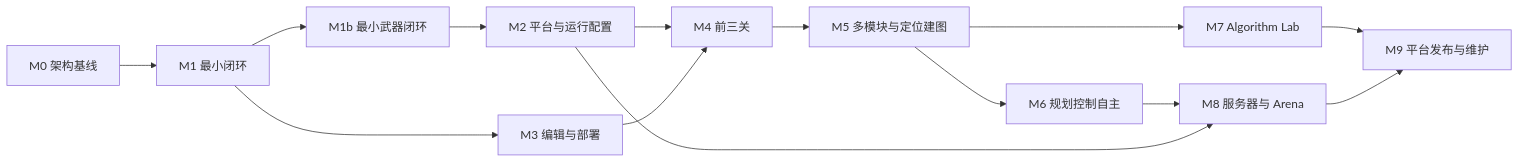
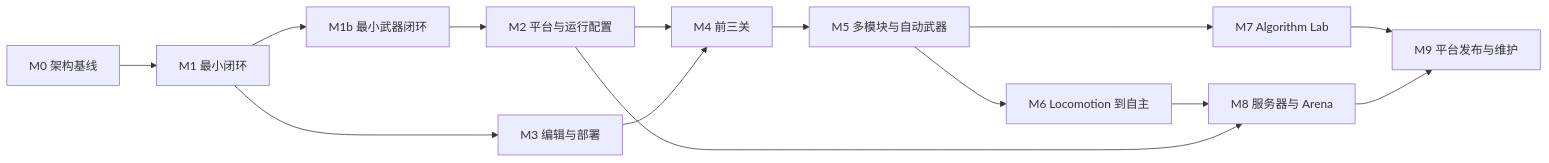
One commit to Yangyongyu0506/TankBot changed the first of 2 diagrams in docs/10_DEVELOPMENT_ROADMAP.md. Above: the diagram before and after it, drawn with Mermaid. The commit also changed other lines of this file and 76 other files, not shown here.

````diff
--- a/docs/10_DEVELOPMENT_ROADMAP.md
+++ b/docs/10_DEVELOPMENT_ROADMAP.md
@@ -7,16 +7,16 @@
 ```mermaid
 flowchart LR
     M0[M0 架构基线] --> M1[M1 最小闭环]
     M1 --> M1b[M1b 最小武器闭环]
     M1b --> M2[M2 平台与运行配置]
     M1 --> M3[M3 编辑与部署]
     M2 --> M4[M4 前三关]
     M3 --> M4
-    M4 --> M5[M5 多模块与定位建图]
-    M5 --> M6[M6 规划控制自主]
+    M4 --> M5[M5 多模块与自动武器]
+    M5 --> M6[M6 Locomotion 到自主]
     M5 --> M7[M7 Algorithm Lab]
     M6 --> M8[M8 服务器与 Arena]
     M2 --> M8
     M7 --> M9[M9 平台发布与维护]
     M8 --> M9
 ```
````
